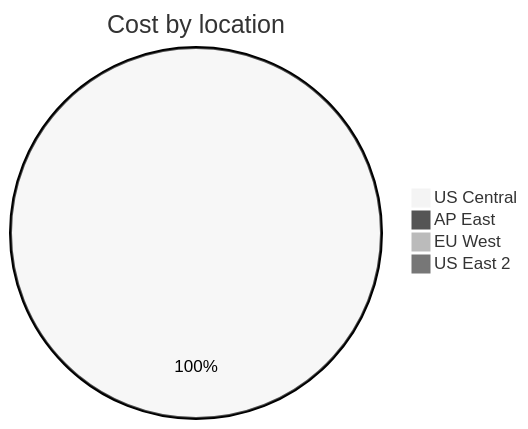
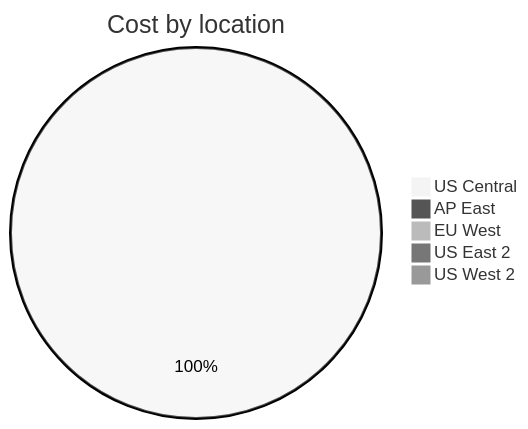
One commit to jpfulton/azure-personal-reports changed the third of 4 diagrams in cost-reports/personal-site/personal-site-preview.md. Above: the diagram before and after it, drawn with Mermaid (neutral theme). The commit also changed other lines of this file and 7 other files, not shown here.

````diff
--- a/cost-reports/personal-site/personal-site-preview.md
+++ b/cost-reports/personal-site/personal-site-preview.md
@@ -108,8 +109,9 @@
 ```mermaid
 pie
    title Cost by location
-   "US Central" : 2.77
+   "US Central" : 3.13
    "AP East" : 0.00
    "EU West" : 0.00
    "US East 2" : 0.00
+   "US West 2" : 0.00
 ```
````
